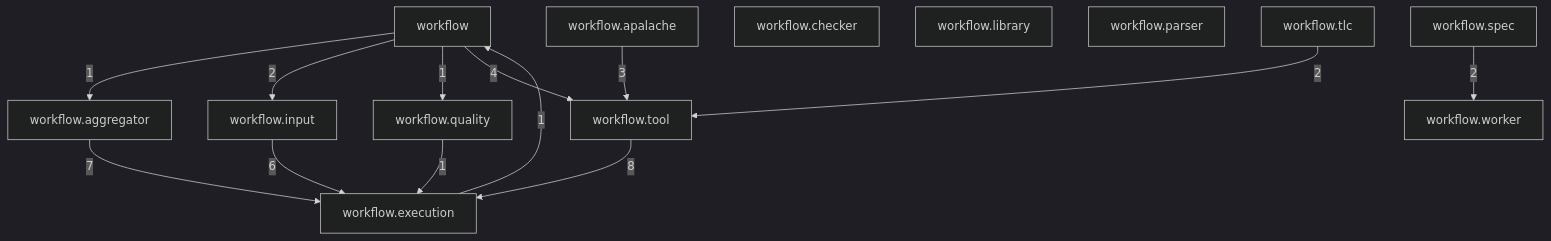
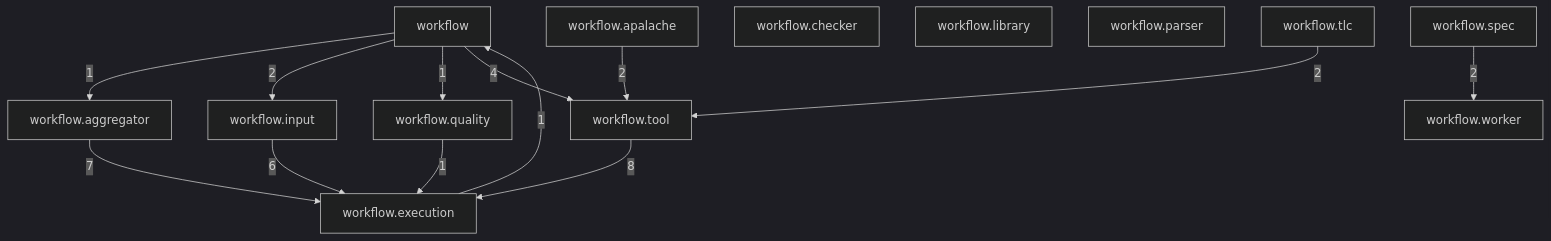
One commit to tlaplus/model-checker-hardening changed the first of 14 diagrams in dev/modules/workflow.md. Above: the diagram before and after it, drawn with Mermaid (dark theme). The commit also changed other lines of this file and 408 other files, not shown here.

````diff
--- a/dev/modules/workflow.md
+++ b/dev/modules/workflow.md
@@ -14,28 +14,28 @@
 ```mermaid
 flowchart TB
   workflow["workflow"]
   workflow_aggregator["workflow.aggregator"]
   workflow_apalache["workflow.apalache"]
   workflow_checker["workflow.checker"]
   workflow_execution["workflow.execution"]
   workflow_input["workflow.input"]
   workflow_library["workflow.library"]
   workflow_parser["workflow.parser"]
   workflow_quality["workflow.quality"]
   workflow_spec["workflow.spec"]
   workflow_tlc["workflow.tlc"]
   workflow_tool["workflow.tool"]
   workflow_worker["workflow.worker"]
   workflow -->|1| workflow_aggregator
   workflow -->|2| workflow_input
   workflow -->|1| workflow_quality
   workflow -->|4| workflow_tool
   workflow_aggregator -->|7| workflow_execution
-  workflow_apalache -->|3| workflow_tool
+  workflow_apalache -->|2| workflow_tool
   workflow_execution -->|1| workflow
   workflow_input -->|6| workflow_execution
   workflow_quality -->|1| workflow_execution
   workflow_spec -->|2| workflow_worker
   workflow_tlc -->|2| workflow_tool
   workflow_tool -->|8| workflow_execution
 ```
````
